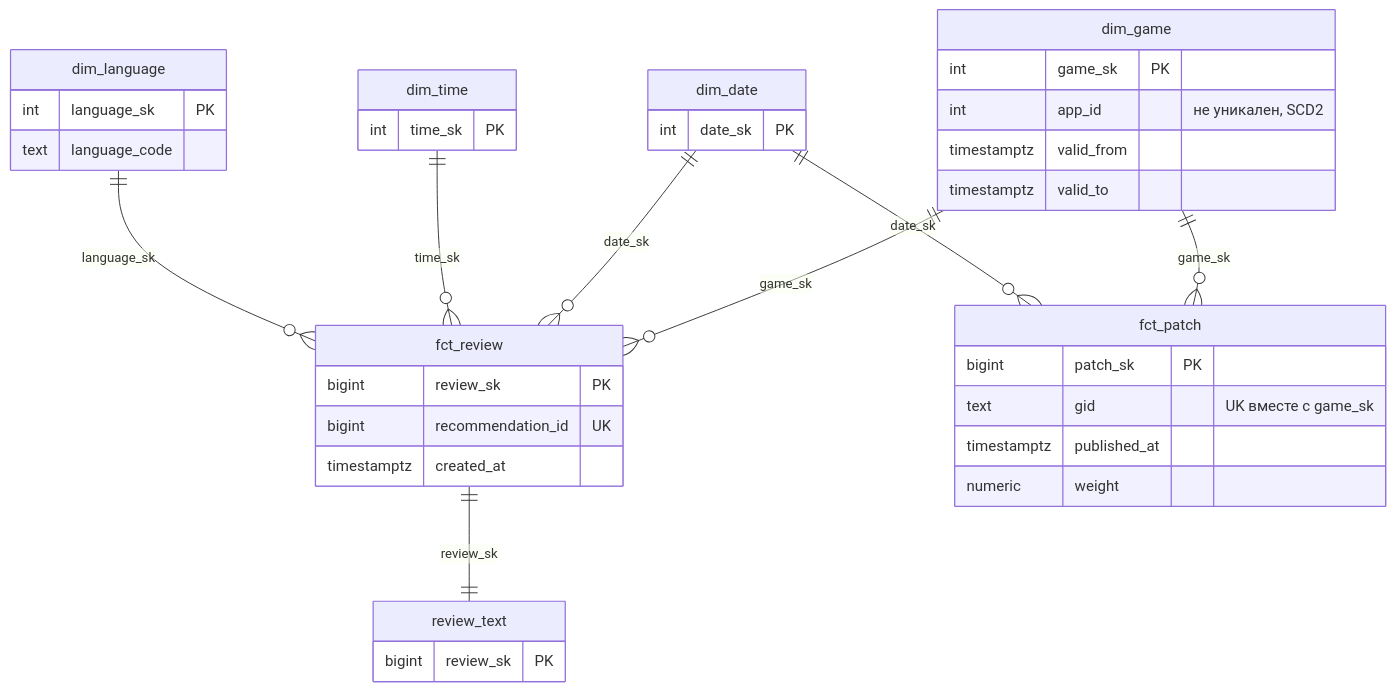
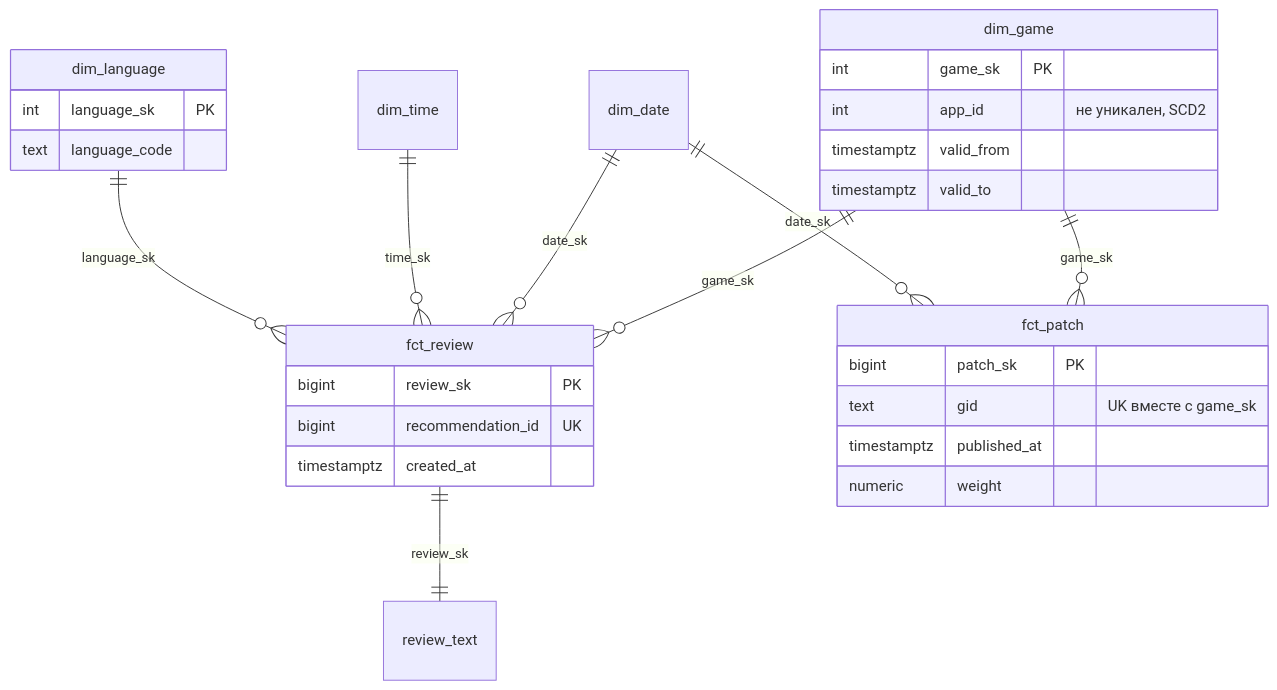
One commit to lebedev-ay/steam-health changed the second of 3 diagrams in docs/model.md. Above: the diagram before and after it, drawn with Mermaid. The commit also changed other lines of this file and 1 other file, not shown here.

````diff
--- a/docs/model.md
+++ b/docs/model.md
@@ -78,41 +74,32 @@
 ```mermaid
 erDiagram
     dim_game ||--o{ fct_review : "game_sk"
     dim_game ||--o{ fct_patch : "game_sk"
     dim_date ||--o{ fct_review : "date_sk"
     dim_date ||--o{ fct_patch : "date_sk"
     dim_time ||--o{ fct_review : "time_sk"
     dim_language ||--o{ fct_review : "language_sk"
     fct_review ||--|| review_text : "review_sk"
 
     dim_game {
         int game_sk PK
         int app_id "не уникален, SCD2"
         timestamptz valid_from
         timestamptz valid_to
     }
     fct_review {
         bigint review_sk PK
         bigint recommendation_id UK
         timestamptz created_at
     }
     fct_patch {
         bigint patch_sk PK
         text gid "UK вместе с game_sk"
         timestamptz published_at
         numeric weight
     }
-    review_text {
-        bigint review_sk PK
-    }
-    dim_date {
-        int date_sk PK
-    }
-    dim_time {
-        int time_sk PK
-    }
     dim_language {
         int language_sk PK
         text language_code
     }
 ```
````
